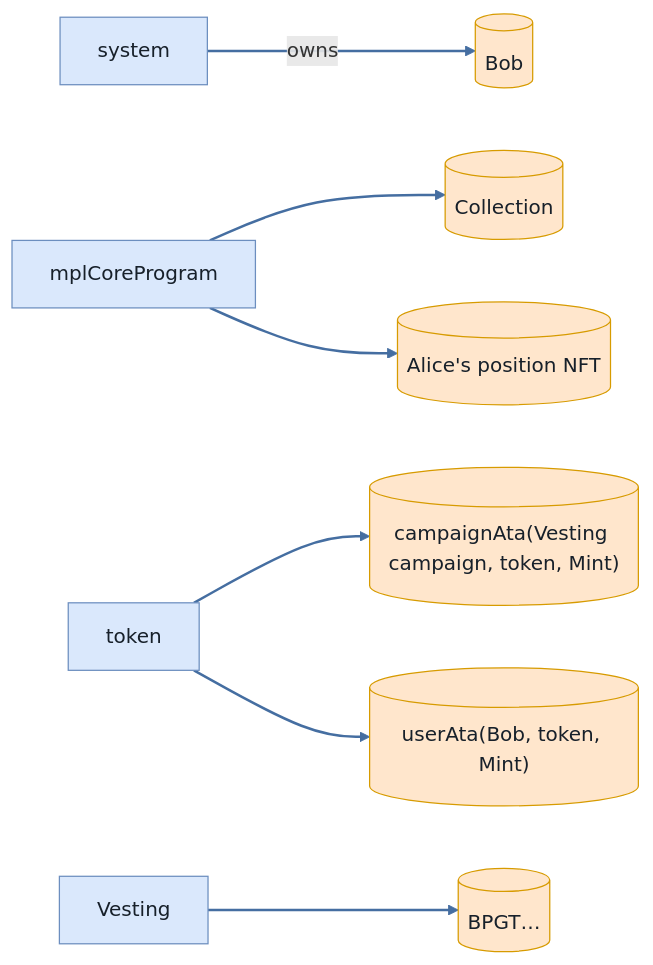
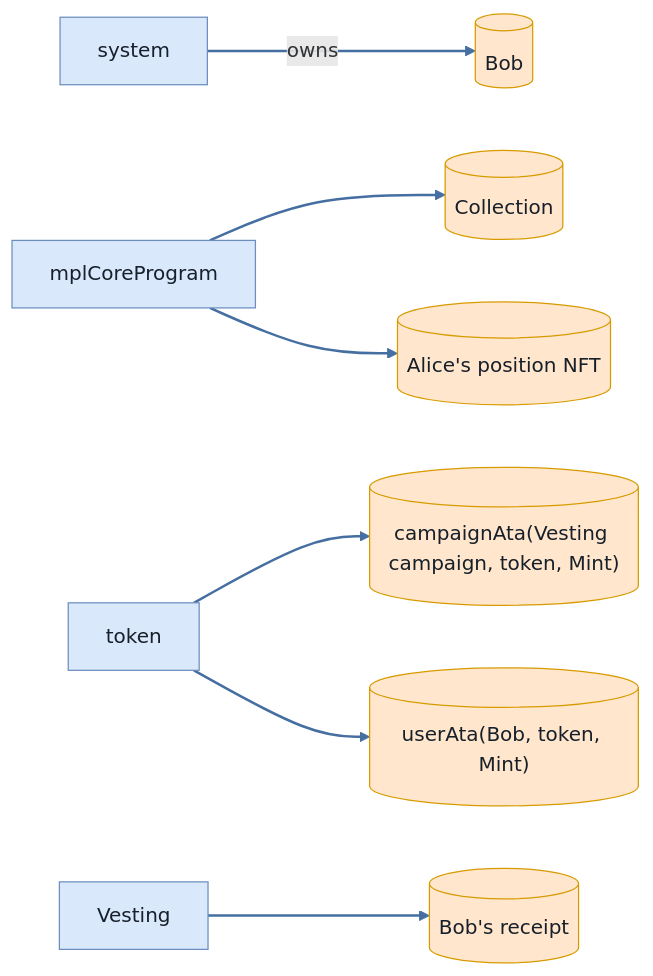
Diagram 24 of 36 in md-reports-babelfish/full_lifecycle.md (cds-turbin3/vesting-position), drawn with Mermaid before and after one commit. The commit also changed other lines of this file and 62 other files, not shown here.

````diff
--- a/md-reports-babelfish/full_lifecycle.md
+++ b/md-reports-babelfish/full_lifecycle.md
@@ -1028,23 +1028,23 @@
 ```mermaid
 flowchart LR
     system["system"]:::program
     Bob[("Bob")]:::state
     mplCoreProgram["mplCoreProgram"]:::program
     Collection[("Collection")]:::state
     token["token"]:::program
     campaignAtaVestingcampaigntokenMint[("campaignAta(Vesting campaign, token, Mint)")]:::state
     userAtaBobtokenMint[("userAta(Bob, token, Mint)")]:::state
     AlicespositionNFT[("Alice's position NFT")]:::state
     Vesting["Vesting"]:::program
-    BPGT[("BPGT…")]:::state
+    Bobsreceipt[("Bob's receipt")]:::state
     system -->|owns| Bob
     mplCoreProgram --> Collection
     token --> campaignAtaVestingcampaigntokenMint
     token --> userAtaBobtokenMint
     mplCoreProgram --> AlicespositionNFT
-    Vesting --> BPGT
+    Vesting --> Bobsreceipt
     classDef program fill:#dae8fc,stroke:#6c8ebf,color:#17202a;
     classDef signer fill:#d5e8d4,stroke:#82b366,color:#17202a;
     classDef state fill:#ffe6cc,stroke:#d79b00,color:#17202a;
     linkStyle 0,1,2,3,4,5 stroke:#456ea1,stroke-width:2px
 ```
````
